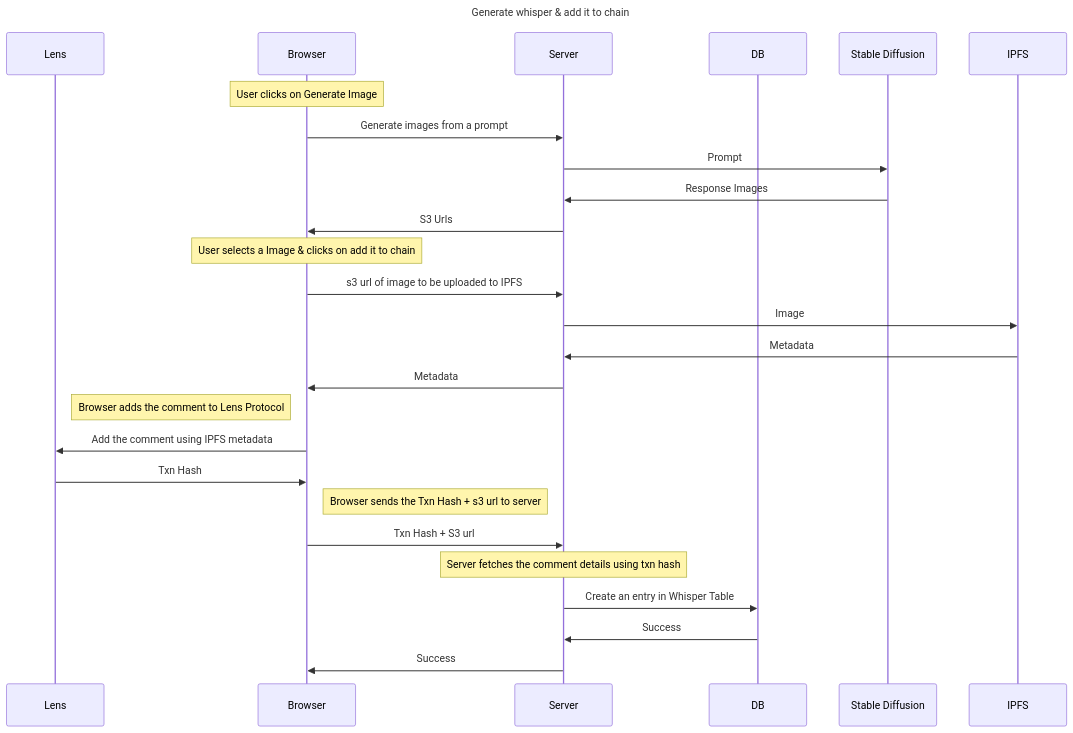
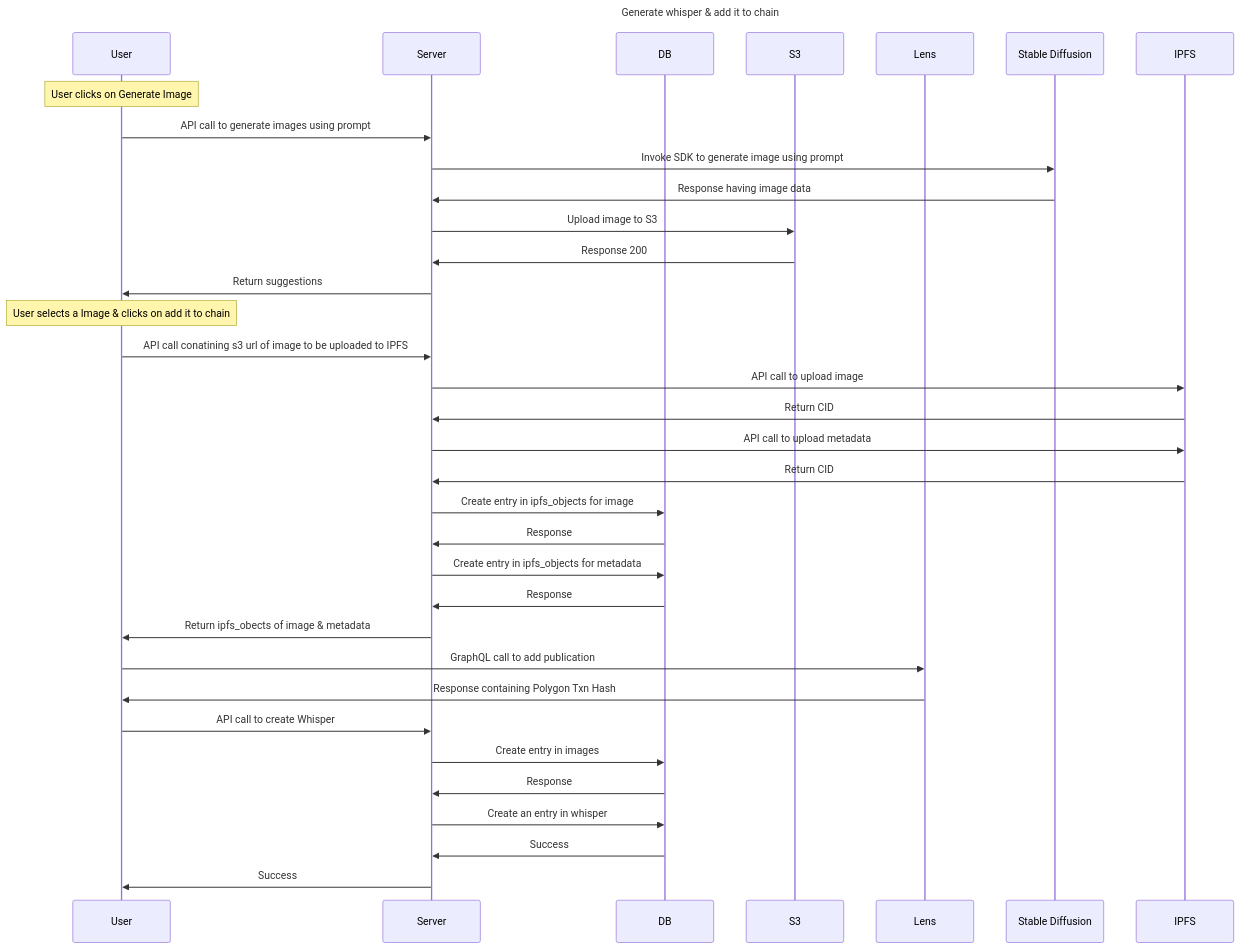
The diagram in docs/sequenceDiagrams/generateAndWhisperToChain.mermaid (TrueSparrowSystems/whisper-chain-be), drawn with Mermaid before and after one commit.

```diff
--- a/docs/sequenceDiagrams/generateAndWhisperToChain.mermaid
+++ b/docs/sequenceDiagrams/generateAndWhisperToChain.mermaid
@@ -1,51 +1,72 @@
-%% Documentation: https://github.com/mermaid-js/mermaid
+%% Documentation: https://mermaid-js.github.io/mermaid/#/sequenceDiagram
 %% Editor: https://mermaid.live/edit
 
 sequenceDiagram
 title Generate whisper & add it to chain
-participant Lens
-participant Browser
+
+participant Browser as User
 participant Server
 participant DB
 
+participant S3
+
+participant Lens
 participant SD as Stable Diffusion
 participant Ipfs as IPFS
 
 Note over Browser: User clicks on Generate Image
 
-Browser->>Server: Generate images from a prompt
-Server->> SD: Prompt
-SD->>Server: Response Images
-Server->>Browser: S3 Urls
+Browser->>Server: API call to generate images using prompt
+Server->> SD: Invoke SDK to generate image using prompt
+SD->>Server: Response having image data
+Server->>S3: Upload image to S3
+S3->>Server: Response 200
+Server->>Browser: Return suggestions
 
 %% break
 %%   note over Server: If no query result, then log error
 %%   note over Server: If already published
 %% end
 
 Note over Browser: User selects a Image & clicks on add it to chain
 
-Browser->>Server: s3 url of image to be uploaded to IPFS
-Server->>Ipfs: Image
-Ipfs->>Server: Metadata
-Server->>Browser: Metadata
+Browser->>Server: API call conatining s3 url of image to be uploaded to IPFS
+Server->>Ipfs: API call to upload image
+Ipfs->>Server: Return CID
+Server->>Ipfs: API call to upload metadata
+Ipfs->>Server: Return CID
+Server->>DB: Create entry in ipfs_objects for image
+DB->>Server: Response
+Server->>DB: Create entry in ipfs_objects for metadata
+DB->>Server: Response
+
+Server->>Browser: Return ipfs_obects of image & metadata
 
 
 %% break
 %%   note over Server: If error, log error
 %% end
 
-Note left of Browser: Browser adds the comment to Lens Protocol
+%% Note over Browser: Browser adds the comment to Lens Protocol
 
-Browser->>Lens: Add the comment using IPFS metadata
-Lens->>Browser: Txn Hash
+Browser->>Lens: GraphQL call to add publication
+Lens->>Browser: Response containing Polygon Txn Hash
 
 
-Note right of Browser: Browser sends the Txn Hash + s3 url to server
 
-Browser->>Server: Txn Hash + S3 url
 
-Note over Server: Server fetches the comment details using txn hash
-Server->>DB: Create an entry in Whisper Table
+Browser->>Server: API call to create Whisper 
+Server->>DB: Create entry in images
+DB->>Server: Response
+
+
+
+Server->>DB: Create an entry in whisper
 DB->>Server: Success
 Server->>Browser: Success
+
+
+
+
+%% Server->>Lens: GraphQL Call (transaction hash)
+%% Lens->>Server: Whisper Details
```
